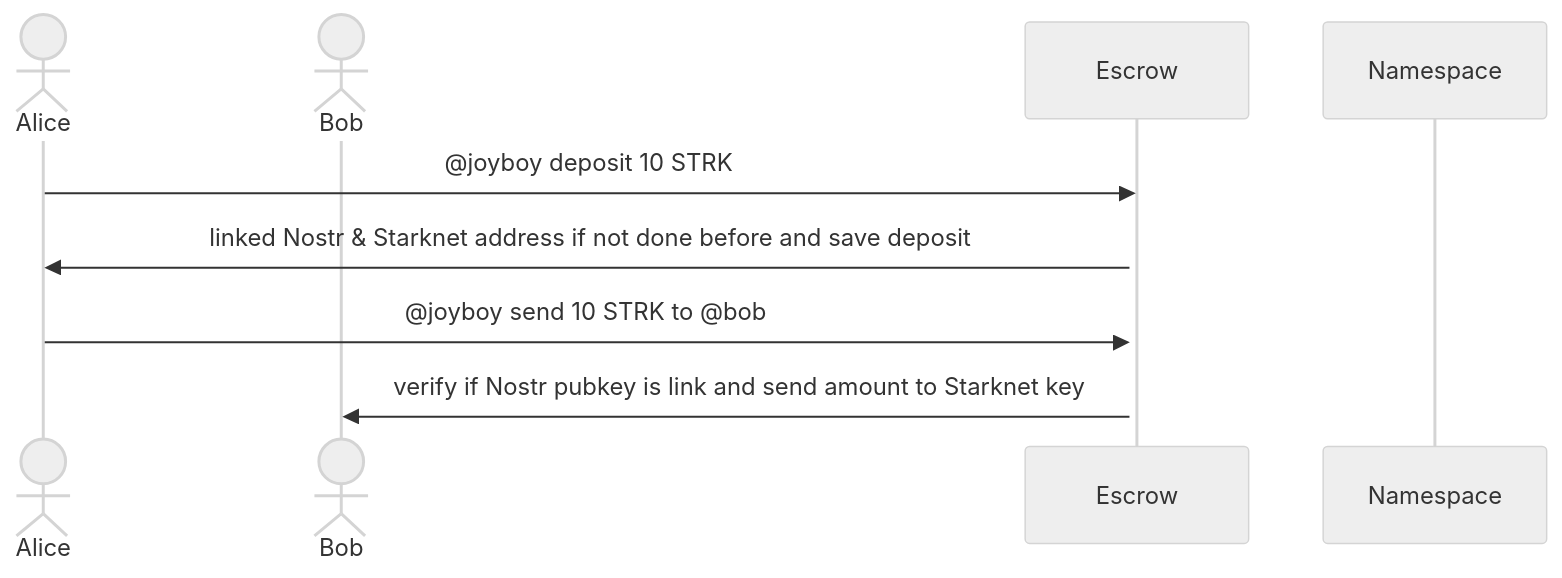
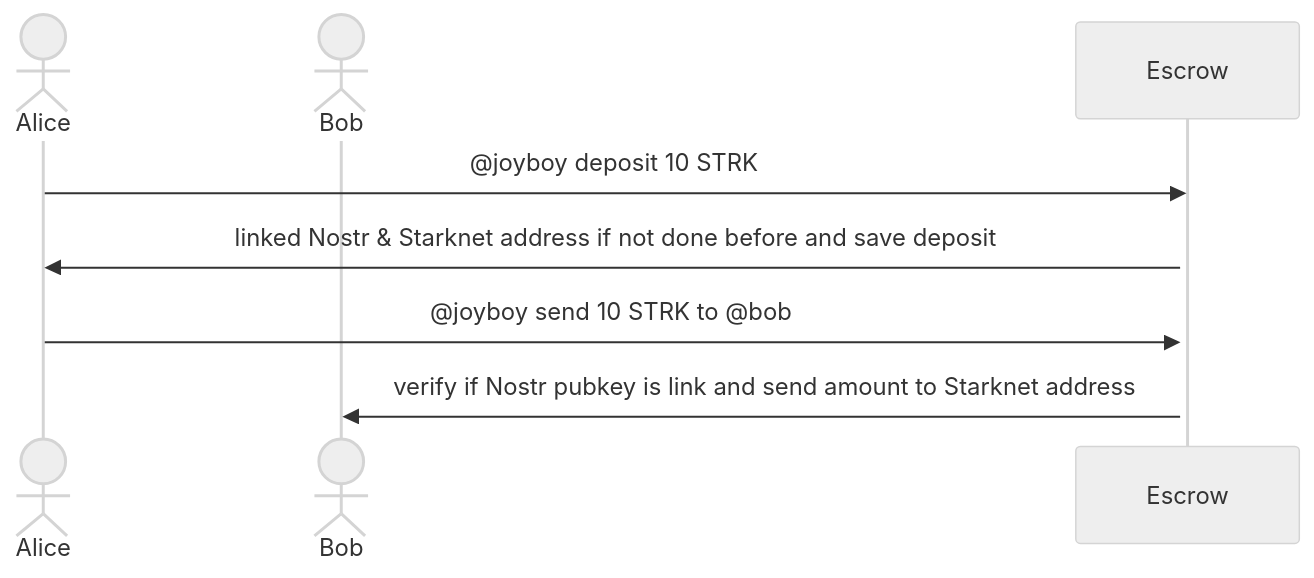
Before and after one commit to keep-starknet-strange/joyboy: the diagram in prototype/escrow.md, drawn with Mermaid (neutral theme). The commit also changed other lines of this file, not shown here.

````diff
--- a/prototype/escrow.md
+++ b/prototype/escrow.md
@@ -109,15 +158,14 @@
 ```mermaid
 sequenceDiagram
  actor Alice
  actor Bob
  participant Escrow
- participant Namespace
 
  Alice->>Escrow: @joyboy deposit 10 STRK
  activate Escrow
 
  Escrow->>Alice: linked Nostr & Starknet address if not done before and save deposit
 
  Alice->>Escrow: @joyboy send 10 STRK to @bob
- Escrow->>Bob: verify if Nostr pubkey is link and send amount to Starknet key
+ Escrow->>Bob: verify if Nostr pubkey is link and send amount to Starknet address
 ```
````
